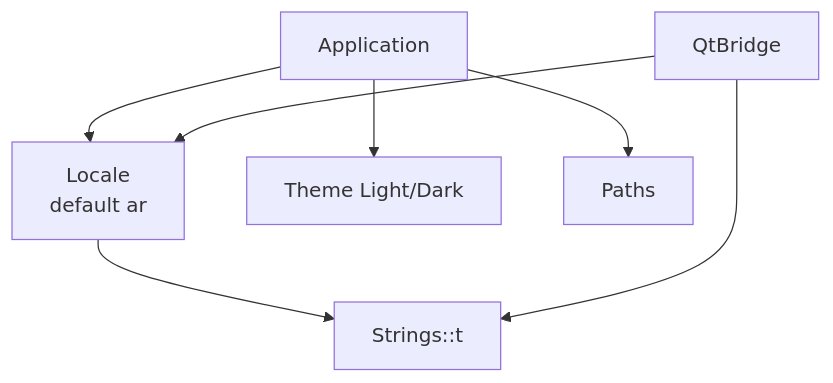
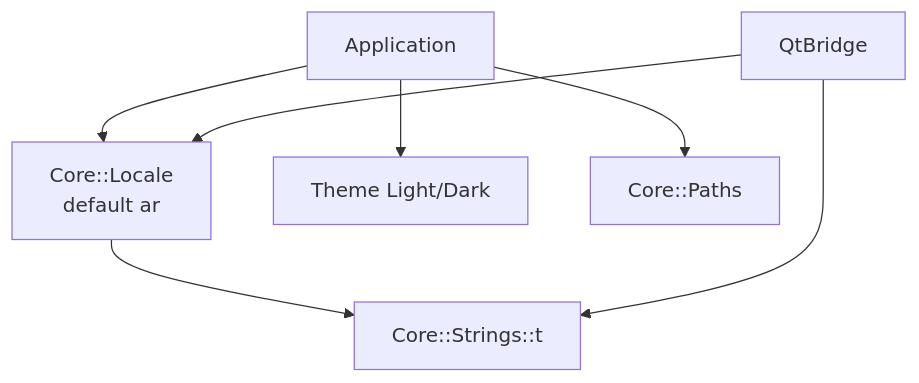
Before and after one commit to medaminben/VLMS: diagram 20 of 27 in docs/architecture/beta-uml.md, drawn with Mermaid. The commit also changed other lines of this file, not shown here.

Commit message:
Refresh the Beta UML for the library split and schema 7.

````diff
--- a/docs/architecture/beta-uml.md
+++ b/docs/architecture/beta-uml.md
@@ -613,16 +712,16 @@
 ```mermaid
 flowchart TD
     App[Application]
-    Loc[Locale<br/>default ar]
-    Str[Strings::t]
+    Loc[Core::Locale<br/>default ar]
+    Str[Core::Strings::t]
     Th[Theme Light/Dark]
-    P[Paths]
+    P[Core::Paths]
     QB[QtBridge]
 
     App --> Loc
     App --> Th
     App --> P
     Loc --> Str
     QB --> Str
     QB --> Loc
 ```
````
